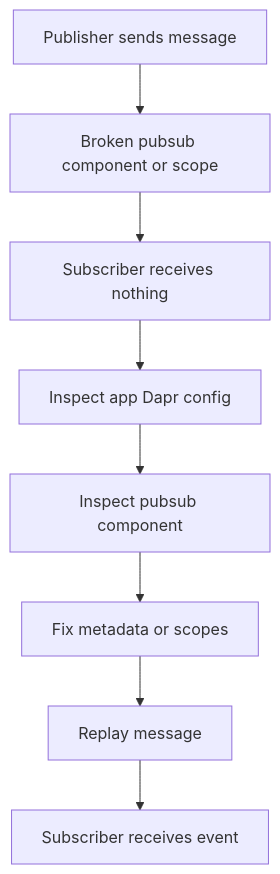
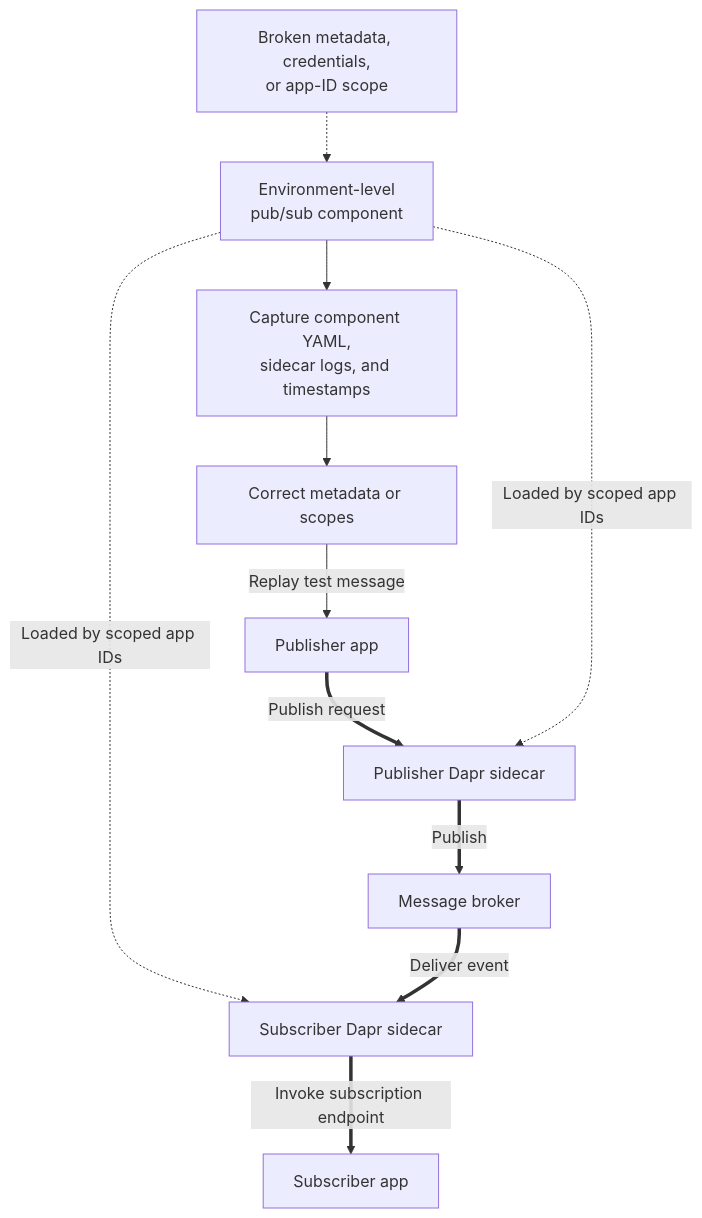
The diagram in docs/troubleshooting/lab-guides/dapr-pubsub-failure.md (yeongseon/azure-container-apps-practical-guide), drawn with Mermaid before and after one commit. The commit also changed other lines of this file and 19 other files, not shown here.

First line of the commit message:
docs(diagrams): migrate remaining troubleshooting diagrams (#629)

````diff
--- a/docs/troubleshooting/lab-guides/dapr-pubsub-failure.md
+++ b/docs/troubleshooting/lab-guides/dapr-pubsub-failure.md
@@ -52,10 +52,26 @@
 ```mermaid
 flowchart TD
-    A[Publisher sends message] --> B[Broken pubsub component or scope]
-    B --> C[Subscriber receives nothing]
-    C --> D[Inspect app Dapr config]
-    D --> E[Inspect pubsub component]
-    E --> F[Fix metadata or scopes]
-    F --> G[Replay message]
-    G --> H[Subscriber receives event]
+    accTitle: Test Dapr pub/sub component recovery
+    accDescr: Trace a publication through the publisher sidecar, environment-scoped component, broker, and subscriber sidecar before correcting component metadata or app-ID scopes and replaying the message.
+
+    PUBLISHER[Publisher app]
+    PUBSIDECAR[Publisher Dapr sidecar]
+    COMPONENT[Environment-level<br/>pub/sub component]
+    BROKER[Message broker]
+    SUBSIDECAR[Subscriber Dapr sidecar]
+    SUBSCRIBER[Subscriber app]
+    FAULT[Broken metadata, credentials,<br/>or app-ID scope]
+    EVIDENCE[Capture component YAML,<br/>sidecar logs, and timestamps]
+    FIX[Correct metadata or scopes]
+
+    PUBLISHER ==>|Publish request| PUBSIDECAR
+    COMPONENT -.->|Loaded by scoped app IDs| PUBSIDECAR
+    COMPONENT -.->|Loaded by scoped app IDs| SUBSIDECAR
+    PUBSIDECAR ==>|Publish| BROKER
+    BROKER ==>|Deliver event| SUBSIDECAR
+    SUBSIDECAR ==>|Invoke subscription endpoint| SUBSCRIBER
+    FAULT -.-> COMPONENT
+    COMPONENT --> EVIDENCE
+    EVIDENCE --> FIX
+    FIX -->|Replay test message| PUBLISHER
 ```
````
